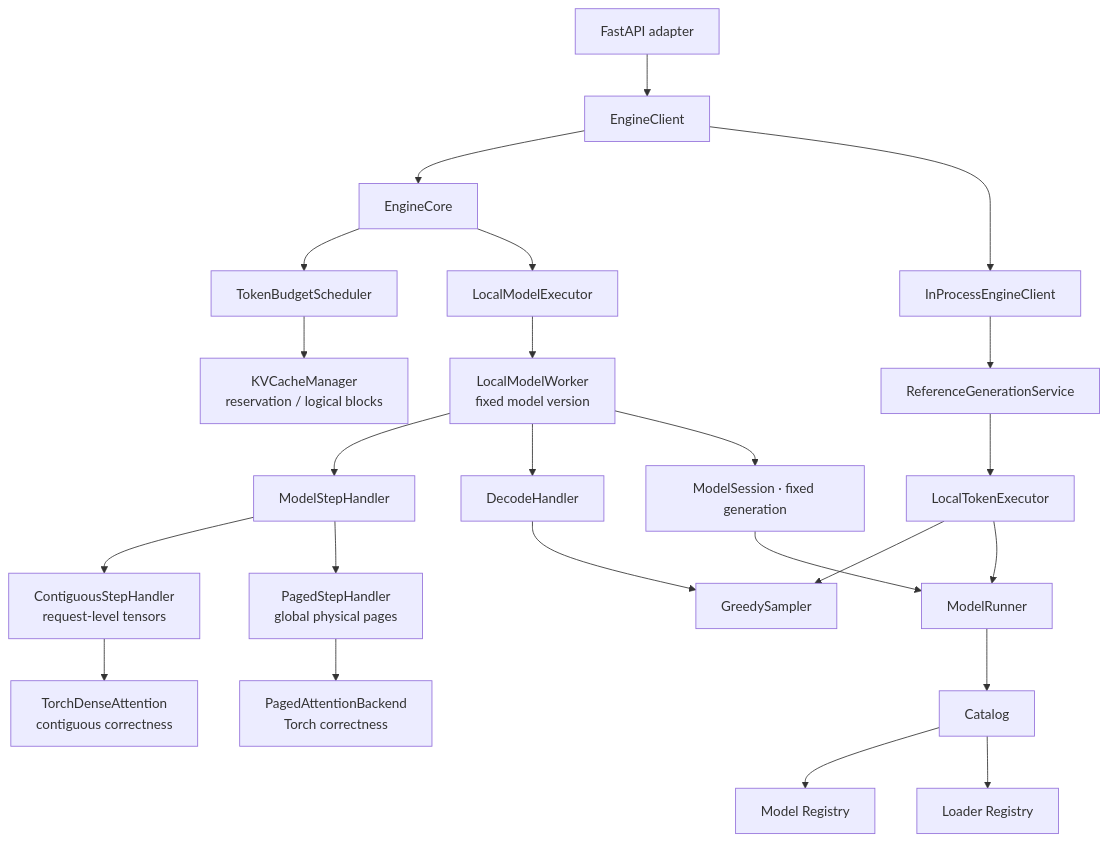
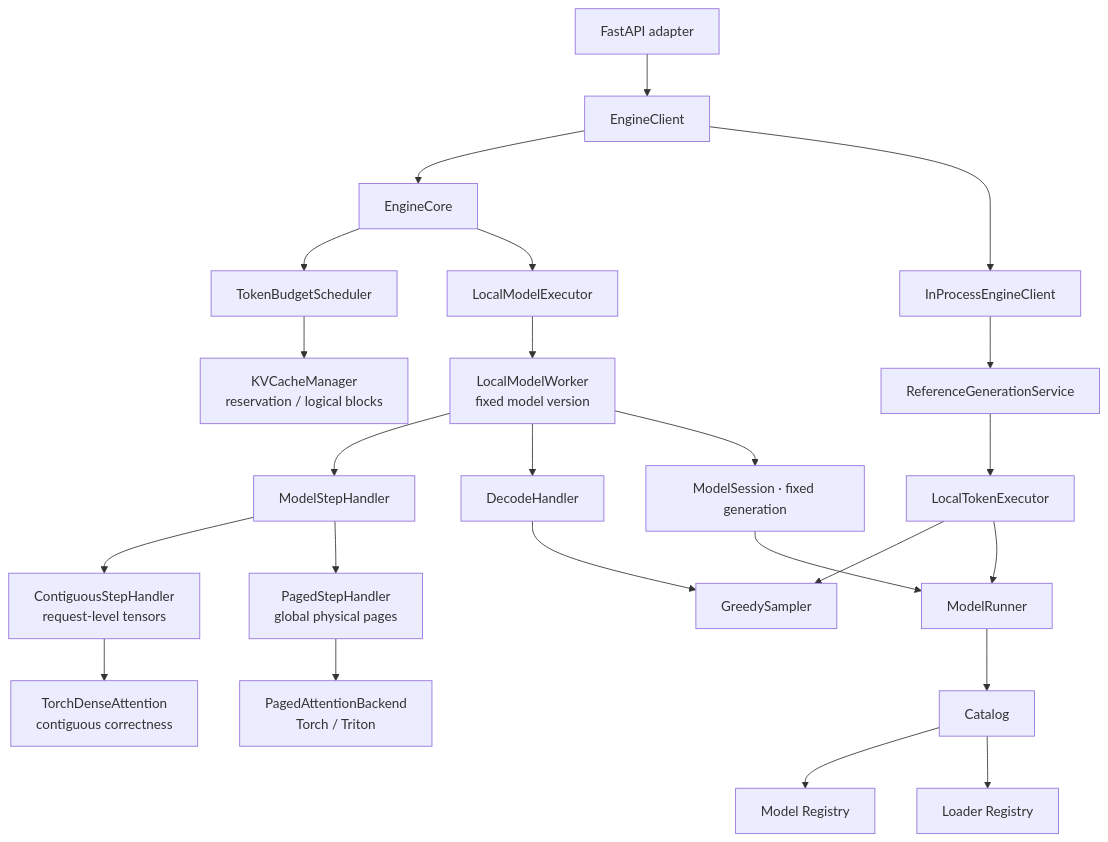
One commit to poorpaper/light-vllm changed the first of 3 diagrams in docs/design.md. Above: the diagram before and after it, drawn with Mermaid. The commit also changed other lines of this file and 3 other files, not shown here.

Commit message:
docs: describe optional Triton attention backend

````diff
--- a/docs/design.md
+++ b/docs/design.md
@@ -58,29 +58,29 @@
 ```mermaid
 flowchart TB
     HTTP["FastAPI adapter"] --> Client["EngineClient"]
 
     Client --> Core["EngineCore"]
     Client --> Bridge["InProcessEngineClient"]
     Bridge --> Reference["ReferenceGenerationService"]
 
     Core --> Scheduler["TokenBudgetScheduler"]
     Scheduler --> LogicalKV["KVCacheManager<br/>reservation / logical blocks"]
     Core --> Executor["LocalModelExecutor"]
     Executor --> Worker["LocalModelWorker<br/>fixed model version"]
     Worker --> Step["ModelStepHandler"]
     Worker --> Decode["DecodeHandler"]
     Step --> Contiguous["ContiguousStepHandler<br/>request-level tensors"]
     Step --> Paged["PagedStepHandler<br/>global physical pages"]
     Contiguous --> Dense["TorchDenseAttention<br/>contiguous correctness"]
-    Paged --> Attention["PagedAttentionBackend<br/>Torch correctness"]
+    Paged --> Attention["PagedAttentionBackend<br/>Torch / Triton"]
     Decode --> Sampler["GreedySampler"]
     Reference --> TokenExecutor["LocalTokenExecutor"]
     TokenExecutor --> Sampler
 
     Worker --> Session["ModelSession · fixed generation"]
     Session --> Runner["ModelRunner"]
     TokenExecutor --> Runner
     Runner --> Catalog["Catalog"]
     Catalog --> Models["Model Registry"]
     Catalog --> Loaders["Loader Registry"]
 ```
````
